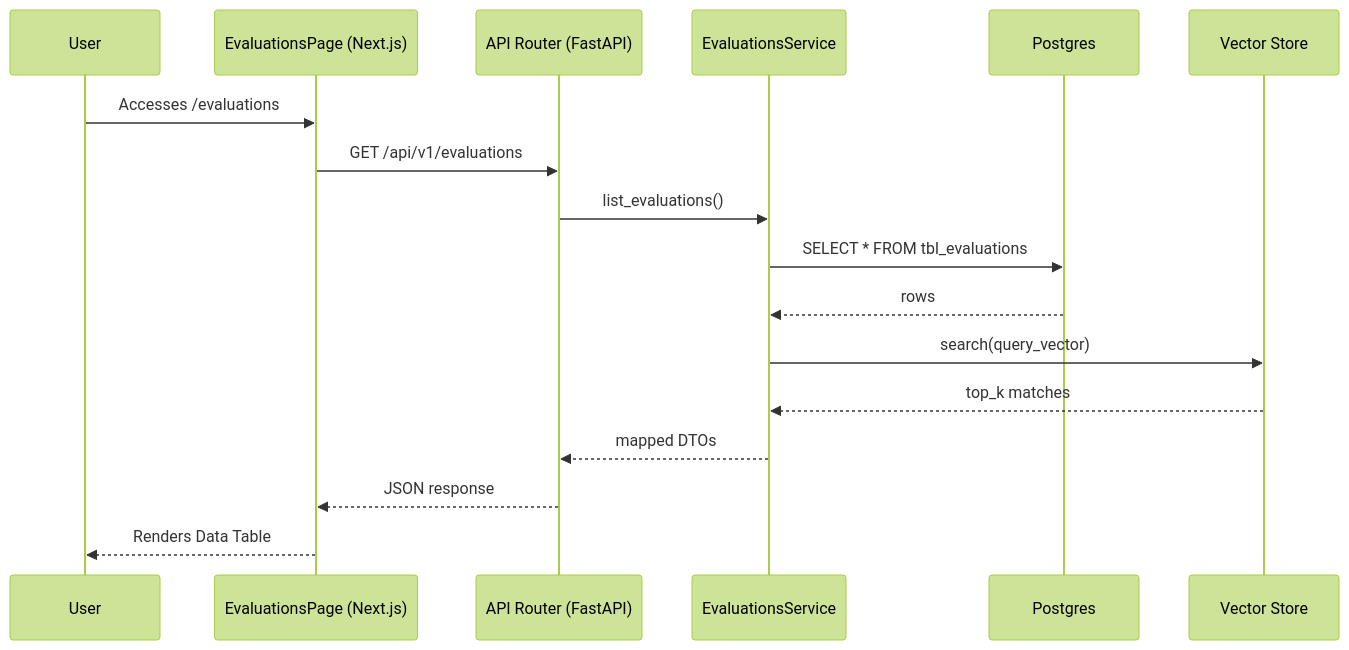
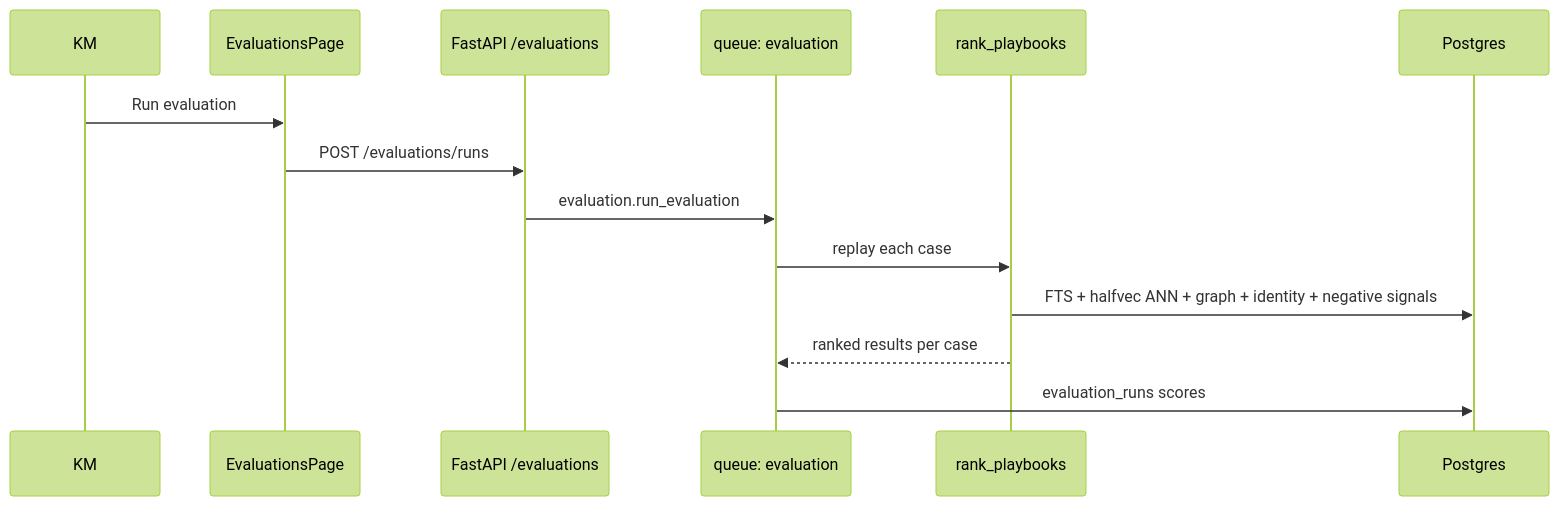
The tenth of 26 diagrams in docs/11_UI_Tabs_Explanation.md (Valuedx/ContextEdge), drawn with Mermaid (forest theme) before and after one commit. The commit also changed other lines of this file and 48 other files, not shown here.

````diff
--- a/docs/11_UI_Tabs_Explanation.md
+++ b/docs/11_UI_Tabs_Explanation.md
@@ -839,20 +1004,17 @@
 ```mermaid
 sequenceDiagram
-    participant User
-    participant Frontend as EvaluationsPage (Next.js)
-    participant API as API Router (FastAPI)
-    participant Service as EvaluationsService
+    participant KM
+    participant Page as EvaluationsPage
+    participant API as FastAPI /evaluations
+    participant EvalQ as queue: evaluation
+    participant Ranker as rank_playbooks
     participant DB as Postgres
-    participant Vector as Vector Store
-    
-    User->>Frontend: Accesses /evaluations
-    Frontend->>API: GET /api/v1/evaluations
-    API->>Service: list_evaluations()
-    Service->>DB: SELECT * FROM tbl_evaluations
-    DB-->>Service: rows
-    Service->>Vector: search(query_vector)
-    Vector-->>Service: top_k matches
-    Service-->>API: mapped DTOs
-    API-->>Frontend: JSON response
-    Frontend-->>User: Renders Data Table
+
+    KM->>Page: Run evaluation
+    Page->>API: POST /evaluations/runs
+    API->>EvalQ: evaluation.run_evaluation
+    EvalQ->>Ranker: replay each case
+    Ranker->>DB: FTS + halfvec ANN + graph + identity + negative signals
+    Ranker-->>EvalQ: ranked results per case
+    EvalQ->>DB: evaluation_runs scores
 ```
````
